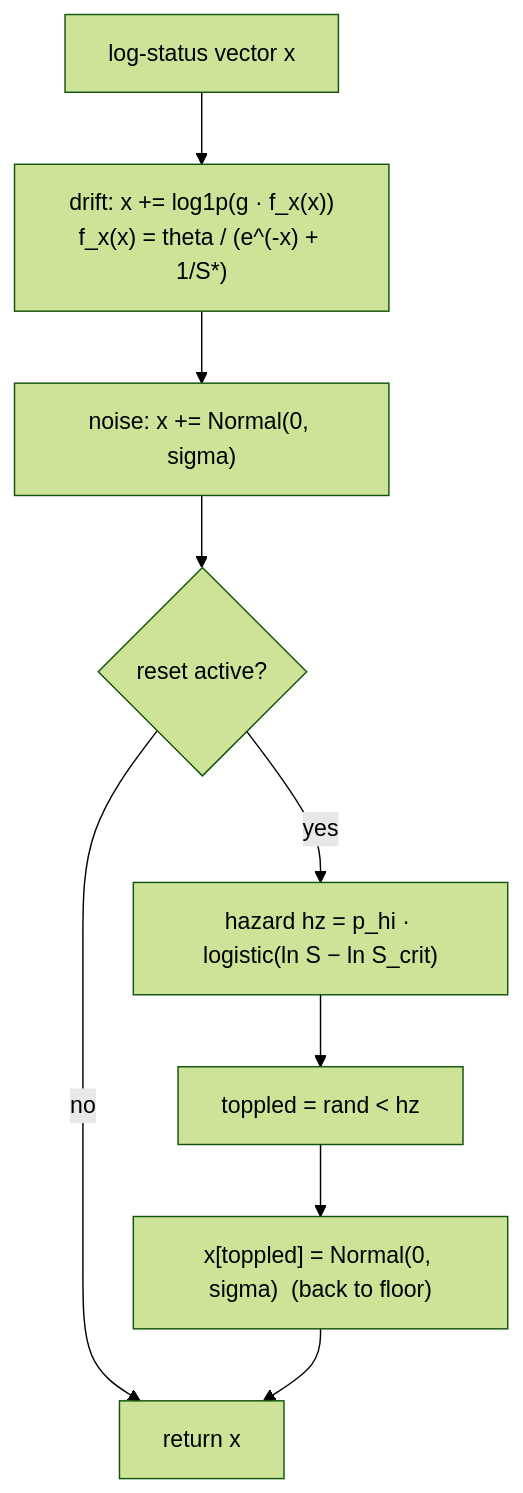
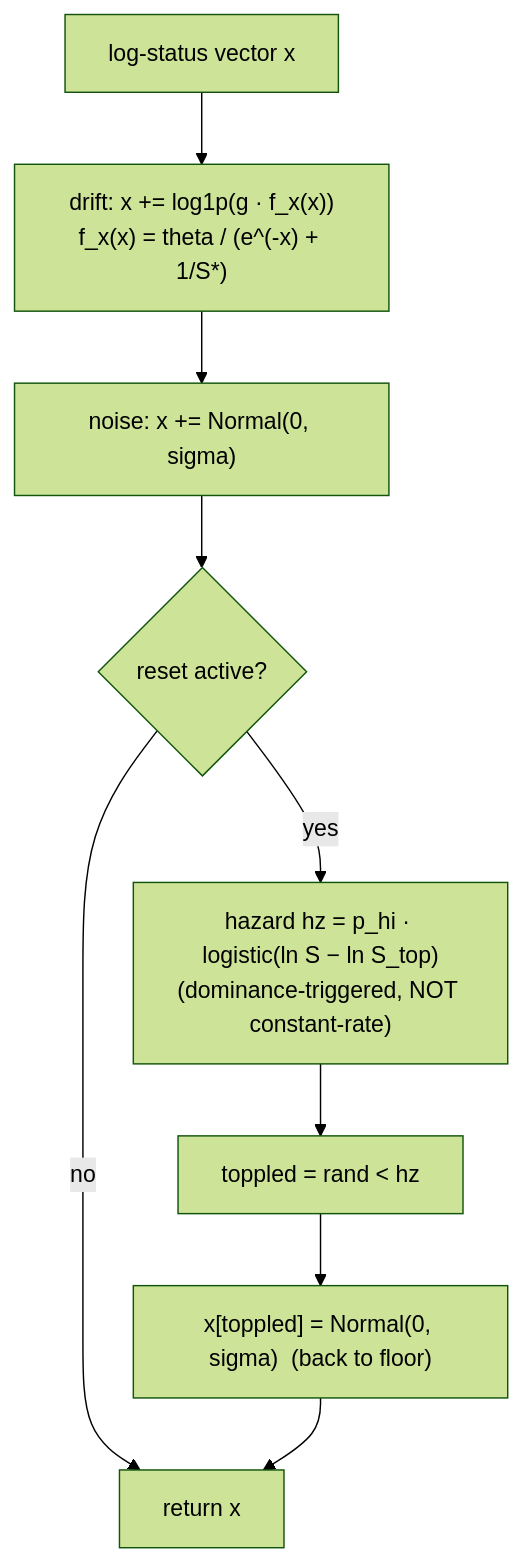
Before and after one commit to dkrse/symmetry-breaking-amplifier: the first of 21 diagrams in scripts/ALGORITHMS_DIAGRAMS.md, drawn with Mermaid (forest theme). The commit also changed other lines of this file and 28 other files, not shown here.

````diff
--- a/scripts/ALGORITHMS_DIAGRAMS.md
+++ b/scripts/ALGORITHMS_DIAGRAMS.md
@@ -12,11 +12,11 @@
 ```mermaid
 flowchart TD
     A["log-status vector x"] --> B["drift: x += log1p(g · f_x(x))<br/>f_x(x) = theta / (e^(-x) + 1/S*)"]
     B --> C["noise: x += Normal(0, sigma)"]
     C --> D{"reset active?"}
     D -- no --> E["return x"]
-    D -- yes --> F["hazard hz = p_hi · logistic(ln S − ln S_crit)"]
+    D -- yes --> F["hazard hz = p_hi · logistic(ln S − ln S_top)<br/>(dominance-triggered, NOT constant-rate)"]
     F --> G["toppled = rand < hz"]
     G --> H["x[toppled] = Normal(0, sigma)  (back to floor)"]
     H --> E
 ```
````
